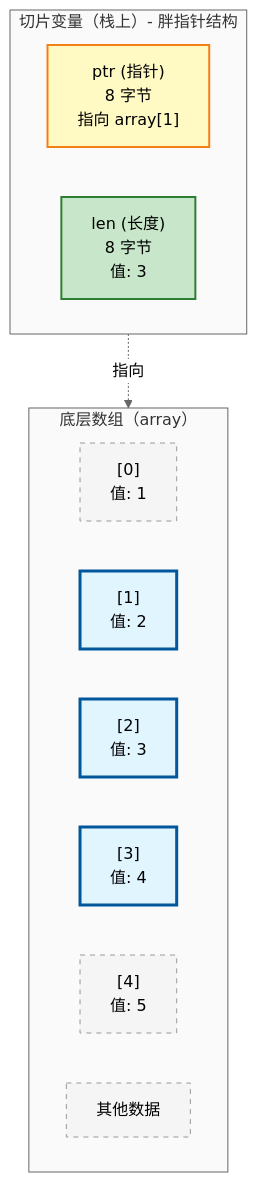
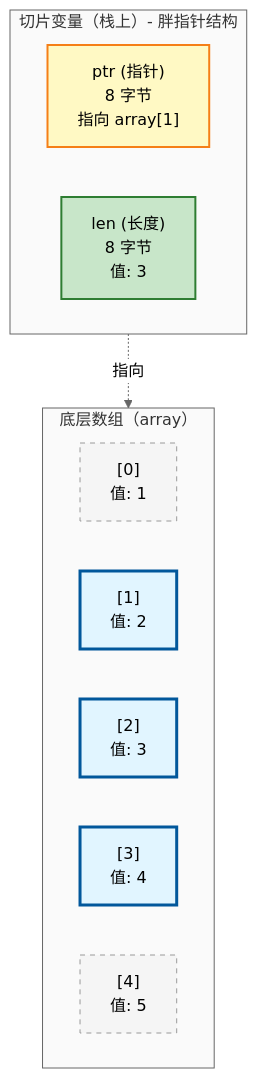
The diagram in src/part1-basics/chapter-compound-types.md (vincentme/zig-tutorial), drawn with Mermaid (neutral theme) before and after one commit. The commit also changed other lines of this file and 56 other files, not shown here.

````diff
--- a/src/part1-basics/chapter-compound-types.md
+++ b/src/part1-basics/chapter-compound-types.md
@@ -216,29 +175,28 @@
 ```mermaid
 graph TB
     classDef ptrStyle fill:#fff9c4,stroke:#f57f17,stroke-width:2px
     classDef lenStyle fill:#c8e6c9,stroke:#2e7d32,stroke-width:2px
     classDef arrayElement fill:#e1f5ff,stroke:#01579b,stroke-width:3px
     classDef inactive fill:#f5f5f5,stroke:#999,stroke-dasharray: 5 5
     classDef container fill:#fafafa,stroke:#666,stroke-width:1px
-    
+
     subgraph SliceVar["切片变量（栈上）- 胖指针结构"]
         direction LR
         Ptr["ptr (指针)<br/>8 字节<br/>指向 array[1]"]:::ptrStyle
         Len["len (长度)<br/>8 字节<br/>值: 3"]:::lenStyle
     end
-    
+
     subgraph Array["底层数组（array）"]
         direction LR
         A0["[0]<br/>值: 1"]:::inactive
         A1["[1]<br/>值: 2"]:::arrayElement
         A2["[2]<br/>值: 3"]:::arrayElement
         A3["[3]<br/>值: 4"]:::arrayElement
         A4["[4]<br/>值: 5"]:::inactive
-        Other["其他数据"]:::inactive
     end
-    
+
     Ptr -.->|指向| A1
-    
+
     class SliceVar container
     class Array container
 ```
````
